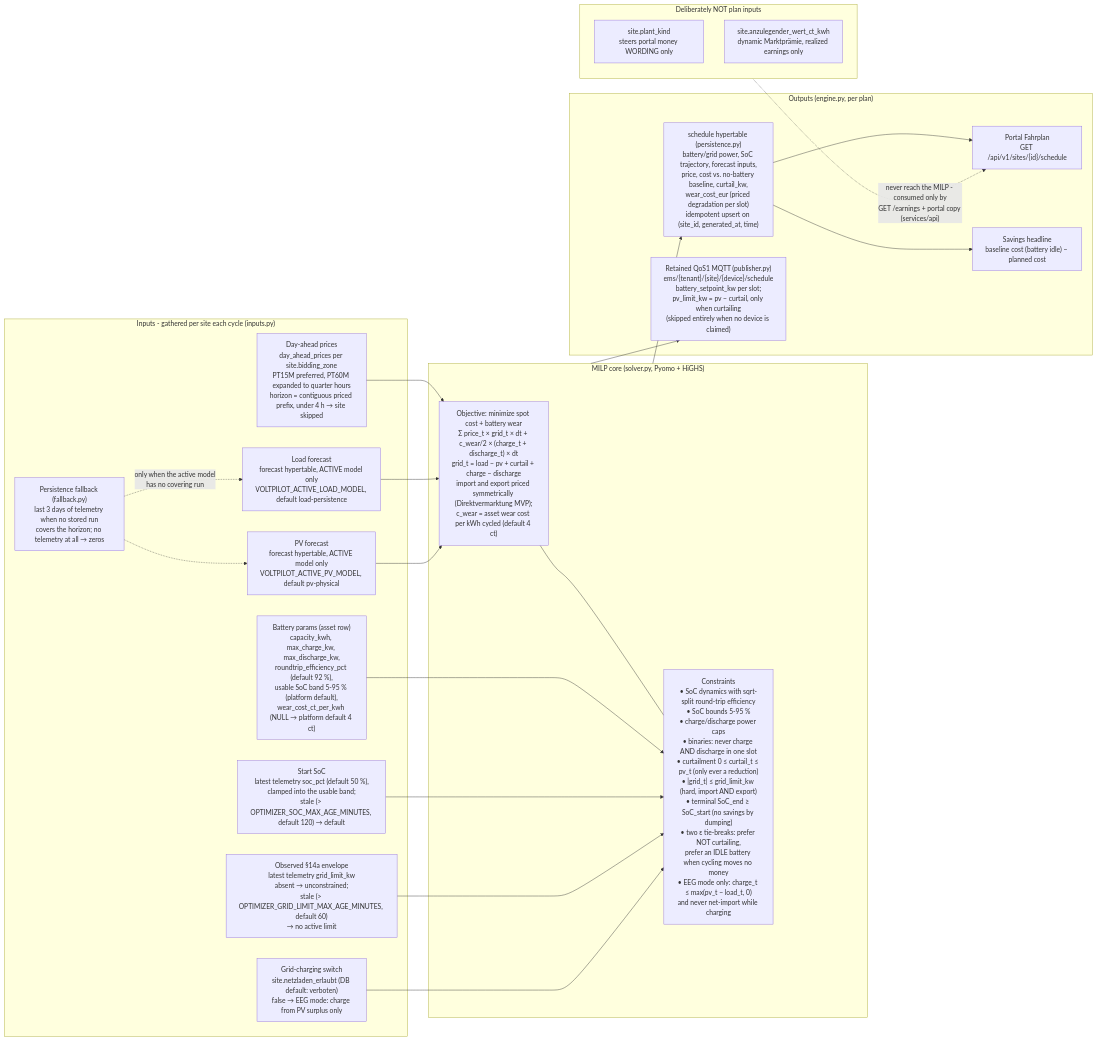
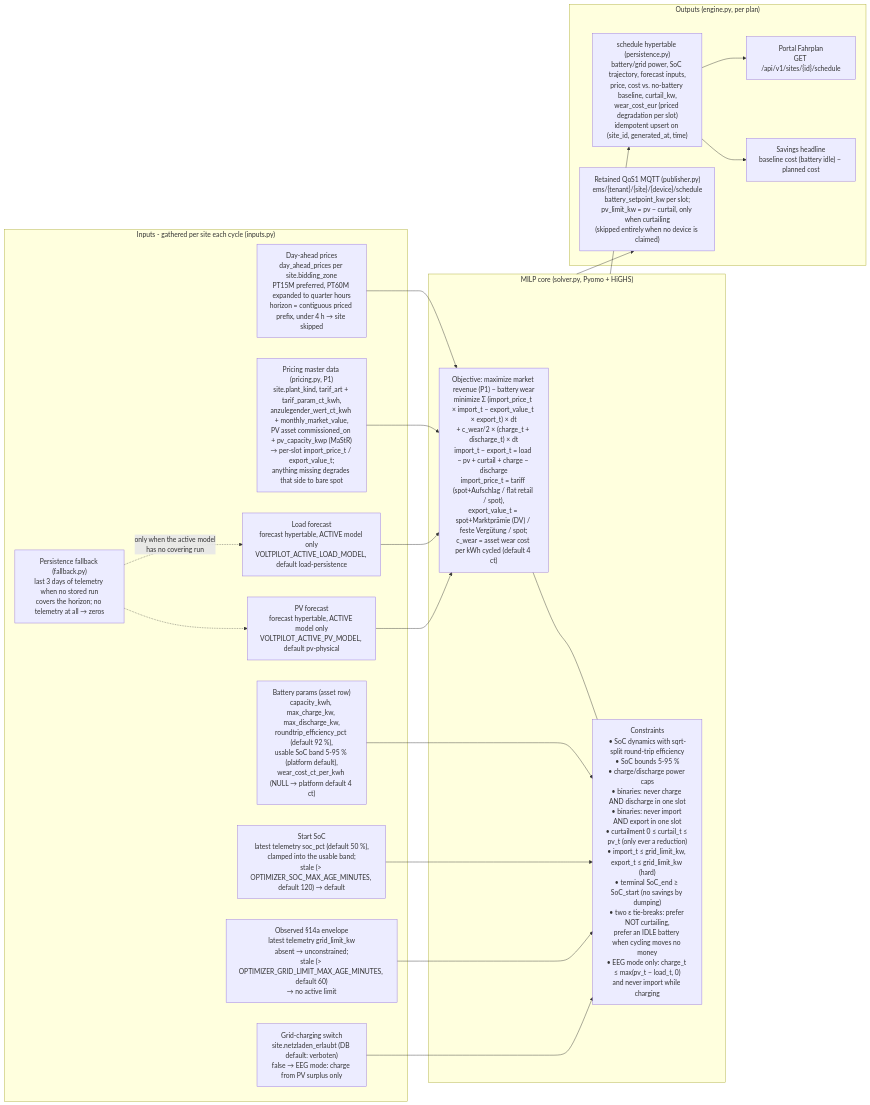
The diagram in services/optimization/README.md (Rayleigh3105/voltpilot-ems), drawn with Mermaid before and after one commit. The commit also changed other lines of this file and 10 other files, not shown here.

````diff
--- a/services/optimization/README.md
+++ b/services/optimization/README.md
@@ -15,46 +15,42 @@
 ```mermaid
 flowchart LR
     subgraph IN["Inputs - gathered per site each cycle (inputs.py)"]
         PRICES["Day-ahead prices<br/>day_ahead_prices per site.bidding_zone<br/>PT15M preferred, PT60M expanded to quarter hours<br/>horizon = contiguous priced prefix, under 4 h → site skipped"]
         LOAD["Load forecast<br/>forecast hypertable, ACTIVE model only<br/>VOLTPILOT_ACTIVE_LOAD_MODEL, default load-persistence"]
         PV["PV forecast<br/>forecast hypertable, ACTIVE model only<br/>VOLTPILOT_ACTIVE_PV_MODEL, default pv-physical"]
         FB["Persistence fallback (fallback.py)<br/>last 3 days of telemetry when no stored run<br/>covers the horizon; no telemetry at all → zeros"]
         BAT["Battery params (asset row)<br/>capacity_kwh, max_charge_kw, max_discharge_kw,<br/>roundtrip_efficiency_pct (default 92 %),<br/>usable SoC band 5-95 % (platform default),<br/>wear_cost_ct_per_kwh (NULL → platform default 4 ct)"]
         SOC["Start SoC<br/>latest telemetry soc_pct (default 50 %),<br/>clamped into the usable band;<br/>stale (&gt; OPTIMIZER_SOC_MAX_AGE_MINUTES, default 120) → default"]
         LIMIT["Observed §14a envelope<br/>latest telemetry grid_limit_kw<br/>absent → unconstrained;<br/>stale (&gt; OPTIMIZER_GRID_LIMIT_MAX_AGE_MINUTES, default 60)<br/>→ no active limit"]
         NETZ["Grid-charging switch<br/>site.netzladen_erlaubt (DB default: verboten)<br/>false → EEG mode: charge from PV surplus only"]
+        TARIF["Pricing master data (pricing.py, P1)<br/>site.plant_kind, tarif_art + tarif_param_ct_kwh,<br/>anzulegender_wert_ct_kwh + monthly_market_value,<br/>PV asset commissioned_on + pv_capacity_kwp (MaStR)<br/>→ per-slot import_price_t / export_value_t;<br/>anything missing degrades that side to bare spot"]
         FB -. "only when the active model<br/>has no covering run" .-> LOAD
         FB -.-> PV
     end
 
     subgraph MILP["MILP core (solver.py, Pyomo + HiGHS)"]
-        OBJ["Objective: minimize spot cost + battery wear<br/>Σ price_t × grid_t × dt + c_wear/2 × (charge_t + discharge_t) × dt<br/>grid_t = load − pv + curtail + charge − discharge<br/>import and export priced symmetrically (Direktvermarktung MVP);<br/>c_wear = asset wear cost per kWh cycled (default 4 ct)"]
-        CON["Constraints<br/>• SoC dynamics with sqrt-split round-trip efficiency<br/>• SoC bounds 5-95 %<br/>• charge/discharge power caps<br/>• binaries: never charge AND discharge in one slot<br/>• curtailment 0 ≤ curtail_t ≤ pv_t (only ever a reduction)<br/>• |grid_t| ≤ grid_limit_kw (hard, import AND export)<br/>• terminal SoC_end ≥ SoC_start (no savings by dumping)<br/>• two ε tie-breaks: prefer NOT curtailing,<br/>prefer an IDLE battery when cycling moves no money<br/>• EEG mode only: charge_t ≤ max(pv_t − load_t, 0)<br/>and never net-import while charging"]
+        OBJ["Objective: maximize market revenue (P1) − battery wear<br/>minimize Σ (import_price_t × import_t − export_value_t × export_t) × dt<br/>+ c_wear/2 × (charge_t + discharge_t) × dt<br/>import_t − export_t = load − pv + curtail + charge − discharge<br/>import_price_t = tariff (spot+Aufschlag / flat retail / spot),<br/>export_value_t = spot+Marktprämie (DV) / feste Vergütung / spot;<br/>c_wear = asset wear cost per kWh cycled (default 4 ct)"]
+        CON["Constraints<br/>• SoC dynamics with sqrt-split round-trip efficiency<br/>• SoC bounds 5-95 %<br/>• charge/discharge power caps<br/>• binaries: never charge AND discharge in one slot<br/>• binaries: never import AND export in one slot<br/>• curtailment 0 ≤ curtail_t ≤ pv_t (only ever a reduction)<br/>• import_t ≤ grid_limit_kw, export_t ≤ grid_limit_kw (hard)<br/>• terminal SoC_end ≥ SoC_start (no savings by dumping)<br/>• two ε tie-breaks: prefer NOT curtailing,<br/>prefer an IDLE battery when cycling moves no money<br/>• EEG mode only: charge_t ≤ max(pv_t − load_t, 0)<br/>and never import while charging"]
         OBJ --- CON
     end
 
     subgraph OUT["Outputs (engine.py, per plan)"]
         DB["schedule hypertable (persistence.py)<br/>battery/grid power, SoC trajectory, forecast inputs,<br/>price, cost vs. no-battery baseline, curtail_kw,<br/>wear_cost_eur (priced degradation per slot)<br/>idempotent upsert on (site_id, generated_at, time)"]
         MQTT["Retained QoS1 MQTT (publisher.py)<br/>ems/{tenant}/{site}/{device}/schedule<br/>battery_setpoint_kw per slot;<br/>pv_limit_kw = pv − curtail, only when curtailing<br/>(skipped entirely when no device is claimed)"]
         PORTAL["Portal Fahrplan<br/>GET /api/v1/sites/{id}/schedule"]
         SAVINGS["Savings headline<br/>baseline cost (battery idle) − planned cost"]
     end
 
     PRICES --> OBJ
+    TARIF --> OBJ
     LOAD --> OBJ
     PV --> OBJ
     BAT --> CON
     SOC --> CON
     LIMIT --> CON
     NETZ --> CON
     MILP --> DB
     MILP --> MQTT
     DB --> PORTAL
     DB --> SAVINGS
-
-    subgraph NOTIN["Deliberately NOT plan inputs"]
-        PK["site.plant_kind<br/>steers portal money WORDING only"]
-        MP["site.anzulegender_wert_ct_kwh<br/>dynamic Marktprämie, realized earnings only"]
-    end
-    NOTIN -. "never reach the MILP - consumed only by<br/>GET /earnings + portal copy (services/api)" .-> PORTAL
 ```
````
